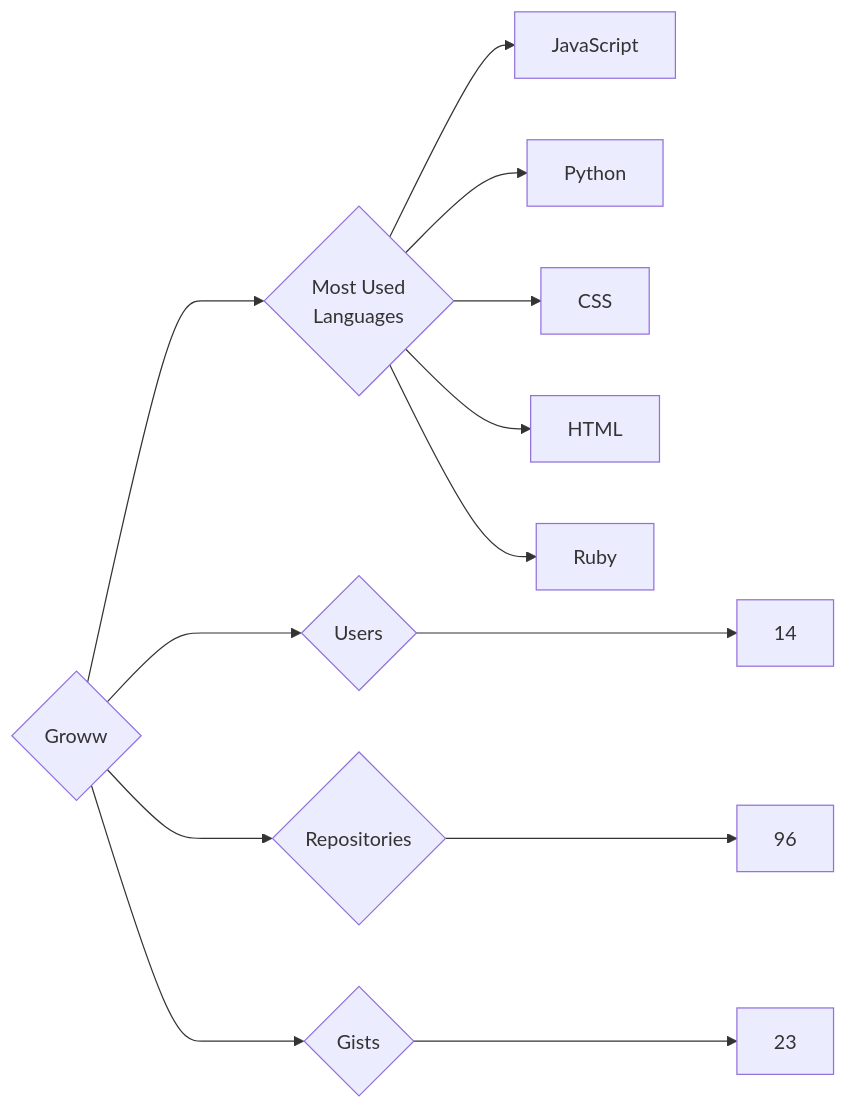
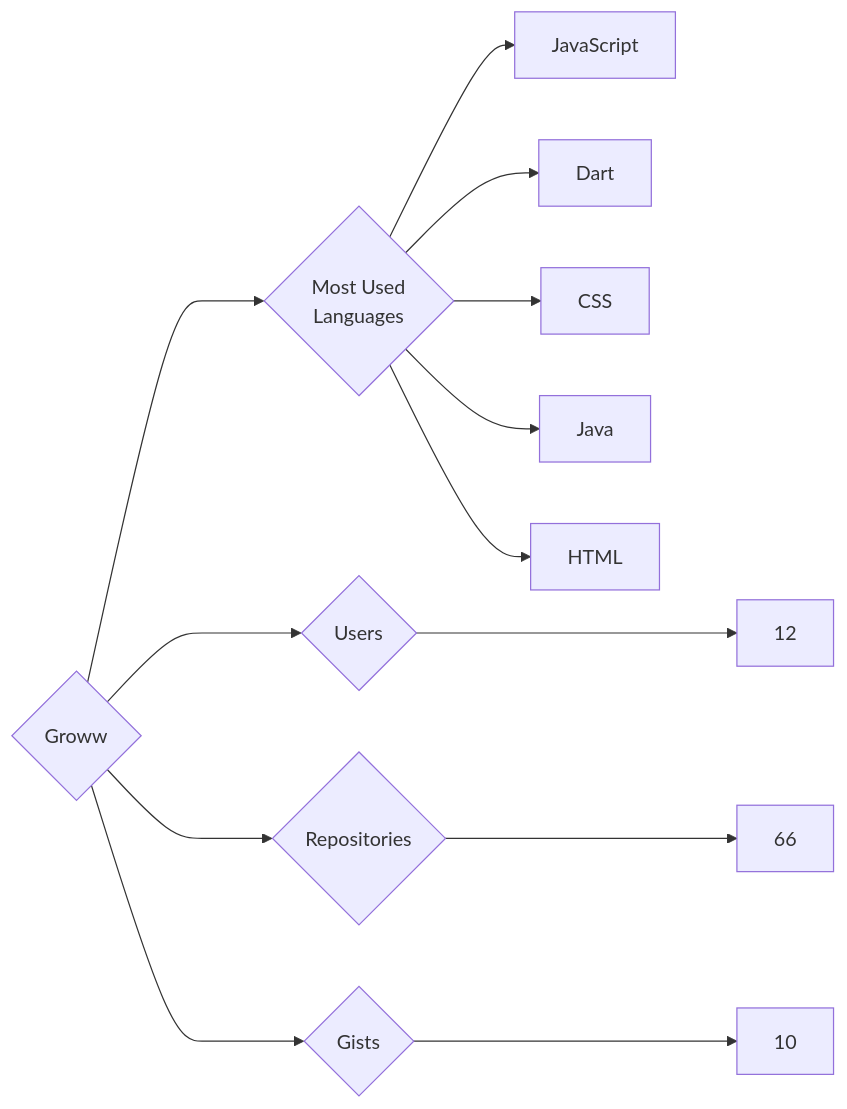
The diagram in targets/Groww/README.md (trickest/insiders), drawn with Mermaid before and after one commit. The commit also changed 857 other files, not shown here.

````diff
--- a/targets/Groww/README.md
+++ b/targets/Groww/README.md
@@ -3,13 +3,13 @@
 ```mermaid
 graph LR
 COMPANY_NAME{Groww}
-COMPANY_NAME ---> U{Users} ---> UN[14]
-COMPANY_NAME ---> R{Repositories} ---> RN[96]
-COMPANY_NAME ---> G{Gists} ---> GN[23]
+COMPANY_NAME ---> U{Users} ---> UN[12]
+COMPANY_NAME ---> R{Repositories} ---> RN[66]
+COMPANY_NAME ---> G{Gists} ---> GN[10]
 COMPANY_NAME ---> ML{Most Used<br>Languages}
 ML --> JavaScript[JavaScript]
-ML --> Python[Python]
+ML --> Dart[Dart]
 ML --> CSS[CSS]
+ML --> Java[Java]
 ML --> HTML[HTML]
-ML --> Ruby[Ruby]
 ```
````
